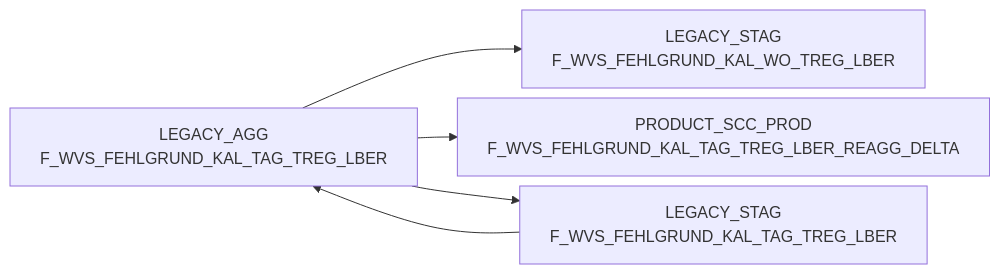
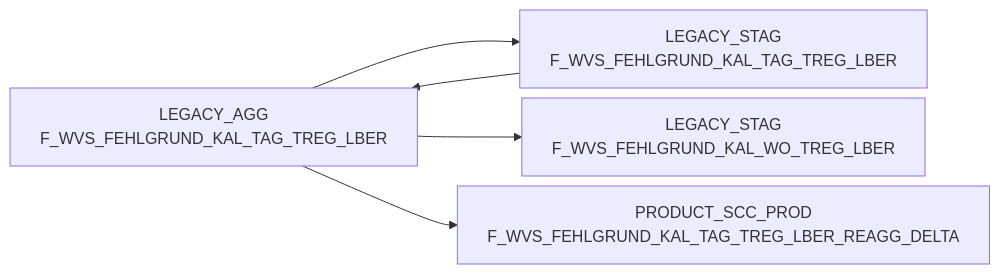
Before and after one commit to integration-factory-de/sas_code_docs: the diagram in docs/Tables/LEGACY_AGG/F_WVS_FEHLGRUND_KAL_TAG_TREG_LBER.md, drawn with Mermaid. The commit also changed other lines of this file and 129 other files, not shown here.

````diff
--- a/docs/Tables/LEGACY_AGG/F_WVS_FEHLGRUND_KAL_TAG_TREG_LBER.md
+++ b/docs/Tables/LEGACY_AGG/F_WVS_FEHLGRUND_KAL_TAG_TREG_LBER.md
@@ -9,18 +19,18 @@
 ```mermaid
 %%{init: {'flowchart': { 'nodeSpacing': 10, 'rankSpacing': 40, 'rankdir': 'TB' }}}%%
 
 flowchart LR
 
+  LEGACY_AGG.F_WVS_FEHLGRUND_KAL_TAG_TREG_LBER["LEGACY_AGG<br/>F_WVS_FEHLGRUND_KAL_TAG_TREG_LBER"] --> LEGACY_STAG.F_WVS_FEHLGRUND_KAL_TAG_TREG_LBER["LEGACY_STAG<br/>F_WVS_FEHLGRUND_KAL_TAG_TREG_LBER"]
   LEGACY_AGG.F_WVS_FEHLGRUND_KAL_TAG_TREG_LBER["LEGACY_AGG<br/>F_WVS_FEHLGRUND_KAL_TAG_TREG_LBER"] --> LEGACY_STAG.F_WVS_FEHLGRUND_KAL_WO_TREG_LBER["LEGACY_STAG<br/>F_WVS_FEHLGRUND_KAL_WO_TREG_LBER"]
+  LEGACY_AGG.F_WVS_FEHLGRUND_KAL_TAG_TREG_LBER["LEGACY_AGG<br/>F_WVS_FEHLGRUND_KAL_TAG_TREG_LBER"] --> PRODUCT_SCC_PROD.F_WVS_FEHLGRUND_KAL_TAG_TREG_LBER_REAGG_DELTA["PRODUCT_SCC_PROD<br/>F_WVS_FEHLGRUND_KAL_TAG_TREG_LBER_REAGG_DELTA"]
   LEGACY_STAG.F_WVS_FEHLGRUND_KAL_TAG_TREG_LBER["LEGACY_STAG<br/>F_WVS_FEHLGRUND_KAL_TAG_TREG_LBER"] --> LEGACY_AGG.F_WVS_FEHLGRUND_KAL_TAG_TREG_LBER["LEGACY_AGG<br/>F_WVS_FEHLGRUND_KAL_TAG_TREG_LBER"]
-  LEGACY_AGG.F_WVS_FEHLGRUND_KAL_TAG_TREG_LBER["LEGACY_AGG<br/>F_WVS_FEHLGRUND_KAL_TAG_TREG_LBER"] --> PRODUCT_SCC_PROD.F_WVS_FEHLGRUND_KAL_TAG_TREG_LBER_REAGG_DELTA["PRODUCT_SCC_PROD<br/>F_WVS_FEHLGRUND_KAL_TAG_TREG_LBER_REAGG_DELTA"]
-  LEGACY_AGG.F_WVS_FEHLGRUND_KAL_TAG_TREG_LBER["LEGACY_AGG<br/>F_WVS_FEHLGRUND_KAL_TAG_TREG_LBER"] --> LEGACY_STAG.F_WVS_FEHLGRUND_KAL_TAG_TREG_LBER["LEGACY_STAG<br/>F_WVS_FEHLGRUND_KAL_TAG_TREG_LBER"]
+  click LEGACY_AGG.F_WVS_FEHLGRUND_KAL_TAG_TREG_LBER "../../tables/LEGACY_AGG/F_WVS_FEHLGRUND_KAL_TAG_TREG_LBER"
+  click LEGACY_AGG.F_WVS_FEHLGRUND_KAL_TAG_TREG_LBER "../../tables/LEGACY_AGG/F_WVS_FEHLGRUND_KAL_TAG_TREG_LBER"
   click LEGACY_AGG.F_WVS_FEHLGRUND_KAL_TAG_TREG_LBER "../../tables/LEGACY_AGG/F_WVS_FEHLGRUND_KAL_TAG_TREG_LBER"
   click LEGACY_STAG.F_WVS_FEHLGRUND_KAL_TAG_TREG_LBER "../../tables/LEGACY_STAG/F_WVS_FEHLGRUND_KAL_TAG_TREG_LBER"
+  click LEGACY_STAG.F_WVS_FEHLGRUND_KAL_TAG_TREG_LBER "../../tables/LEGACY_STAG/F_WVS_FEHLGRUND_KAL_TAG_TREG_LBER"
+  click LEGACY_STAG.F_WVS_FEHLGRUND_KAL_WO_TREG_LBER "../../tables/LEGACY_STAG/F_WVS_FEHLGRUND_KAL_WO_TREG_LBER"
+  click PRODUCT_SCC_PROD.F_WVS_FEHLGRUND_KAL_TAG_TREG_LBER_REAGG_DELTA "../../tables/PRODUCT_SCC_PROD/F_WVS_FEHLGRUND_KAL_TAG_TREG_LBER_REAGG_DELTA"
   click LEGACY_AGG.F_WVS_FEHLGRUND_KAL_TAG_TREG_LBER "../../tables/LEGACY_AGG/F_WVS_FEHLGRUND_KAL_TAG_TREG_LBER"
-  click LEGACY_AGG.F_WVS_FEHLGRUND_KAL_TAG_TREG_LBER "../../tables/LEGACY_AGG/F_WVS_FEHLGRUND_KAL_TAG_TREG_LBER"
-  click LEGACY_STAG.F_WVS_FEHLGRUND_KAL_WO_TREG_LBER "../../tables/LEGACY_STAG/F_WVS_FEHLGRUND_KAL_WO_TREG_LBER"
-  click LEGACY_AGG.F_WVS_FEHLGRUND_KAL_TAG_TREG_LBER "../../tables/LEGACY_AGG/F_WVS_FEHLGRUND_KAL_TAG_TREG_LBER"
-  click PRODUCT_SCC_PROD.F_WVS_FEHLGRUND_KAL_TAG_TREG_LBER_REAGG_DELTA "../../tables/PRODUCT_SCC_PROD/F_WVS_FEHLGRUND_KAL_TAG_TREG_LBER_REAGG_DELTA"
-  click LEGACY_STAG.F_WVS_FEHLGRUND_KAL_TAG_TREG_LBER "../../tables/LEGACY_STAG/F_WVS_FEHLGRUND_KAL_TAG_TREG_LBER"
 ```
````
